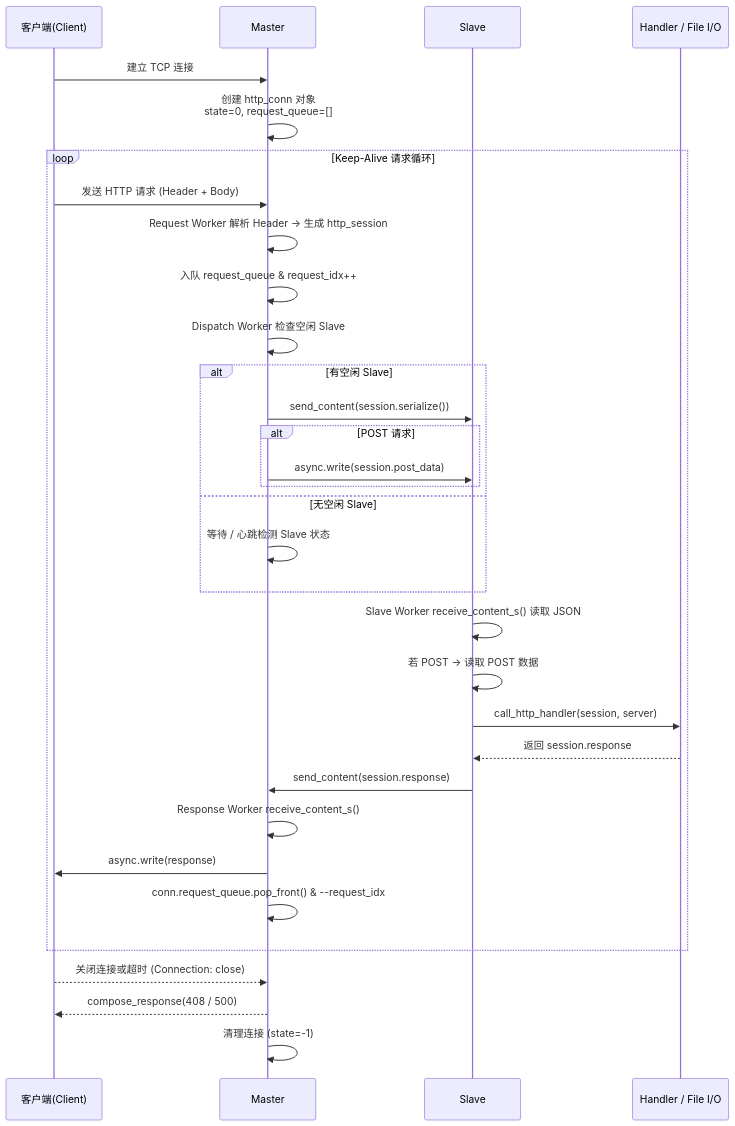
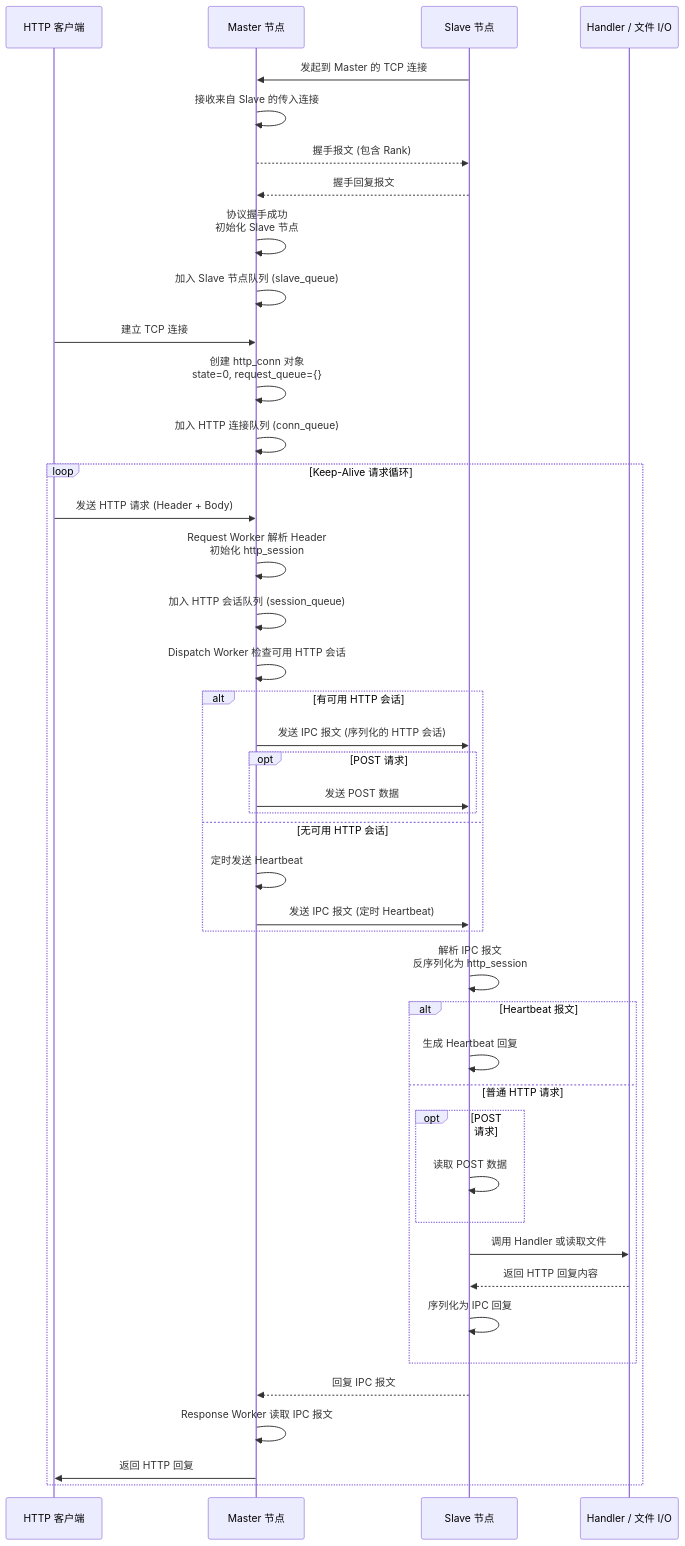
The first of 2 diagrams in Protocol.md (covscript/covscript-network), drawn with Mermaid before and after one commit.

Commit message:
update sequenceDiagram

````diff
--- a/Protocol.md
+++ b/Protocol.md
@@ -345,35 +345,56 @@
 ```mermaid
 sequenceDiagram
-    participant C as 客户端(Client)
-    participant M as Master
-    participant S as Slave
-    participant H as Handler / File I/O
+    participant C as HTTP 客户端
+    participant M as Master 节点
+    participant S as Slave 节点
+    participant H as Handler / 文件 I/O
 
+    %% Slave 节点启动与握手
+    S->>M: 发起到 Master 的 TCP 连接
+    M->>M: 接收来自 Slave 的传入连接
+    M-->>S: 握手报文 (包含 Rank)
+    S-->>M: 握手回复报文
+    M->>M: 协议握手成功<br/>初始化 Slave 节点
+    M->>M: 加入 Slave 节点队列 (slave_queue)
+
+    %% 客户端连接与 HTTP 初始化
     C->>M: 建立 TCP 连接
-    M->>M: 创建 http_conn 对象<br/>state=0, request_queue=[]
+    M->>M: 创建 http_conn 对象<br/>state=0, request_queue={}
+    M->>M: 加入 HTTP 连接队列 (conn_queue)
+
     loop Keep-Alive 请求循环
         C->>M: 发送 HTTP 请求 (Header + Body)
-        M->>M: Request Worker 解析 Header → 生成 http_session
-        M->>M: 入队 request_queue & request_idx++
-        M->>M: Dispatch Worker 检查空闲 Slave
-        alt 有空闲 Slave
-            M->>S: send_content(session.serialize())
-            alt POST 请求
-                M->>S: async.write(session.post_data)
+        M->>M: Request Worker 解析 Header<br/>初始化 http_session
+        M->>M: 加入 HTTP 会话队列 (session_queue)
+
+        %% Master 分发阶段
+        M->>M: Dispatch Worker 检查可用 HTTP 会话
+        alt 有可用 HTTP 会话
+            M->>S: 发送 IPC 报文 (序列化的 HTTP 会话)
+            opt POST 请求
+                M->>S: 发送 POST 数据
             end
-        else 无空闲 Slave
-            M->>M: 等待 / 心跳检测 Slave 状态
+        else 无可用 HTTP 会话
+            M->>M: 定时发送 Heartbeat
+            M->>S: 发送 IPC 报文 (定时 Heartbeat)
         end
-        S->>S: Slave Worker receive_content_s() 读取 JSON
-        S->>S: 若 POST → 读取 POST 数据
-        S->>H: call_http_handler(session, server)
-        H-->>S: 返回 session.response
-        S->>M: send_content(session.response)
-        M->>M: Response Worker receive_content_s()
-        M->>C: async.write(response)
-        M->>M: conn.request_queue.pop_front() & --request_idx
+
+        %% Slave 处理阶段
+        S->>S: 解析 IPC 报文<br/>反序列化为 http_session
+        alt Heartbeat 报文
+            S->>S: 生成 Heartbeat 回复
+        else 普通 HTTP 请求
+            opt POST 请求
+                S->>S: 读取 POST 数据
+            end
+            S->>H: 调用 Handler 或读取文件
+            H-->>S: 返回 HTTP 回复内容
+            S->>S: 序列化为 IPC 回复
+        end
+        S-->>M: 回复 IPC 报文
+
+        %% Master 回复阶段
+        M->>M: Response Worker 读取 IPC 报文
+        M->>C: 返回 HTTP 回复
     end
-    C-->>M: 关闭连接或超时 (Connection: close)
-    M-->>C: compose_response(408 / 500)
-    M->>M: 清理连接 (state=-1)
 ```
````
